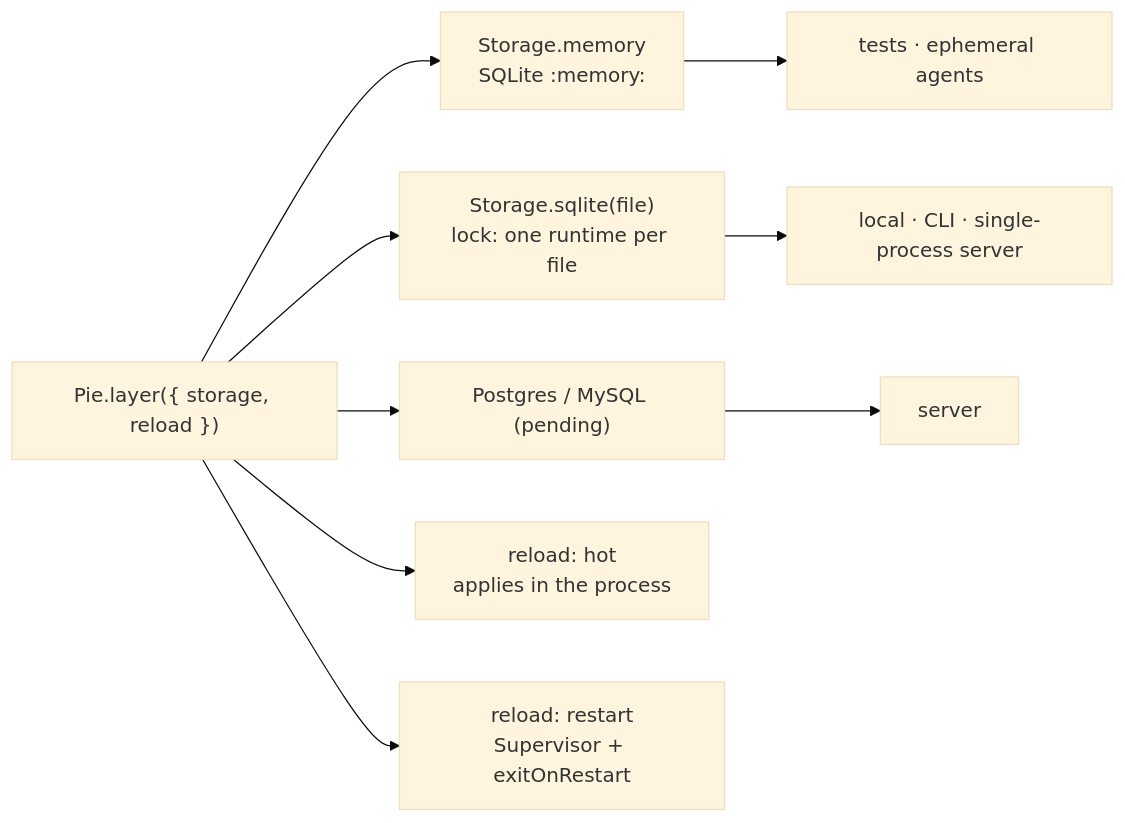
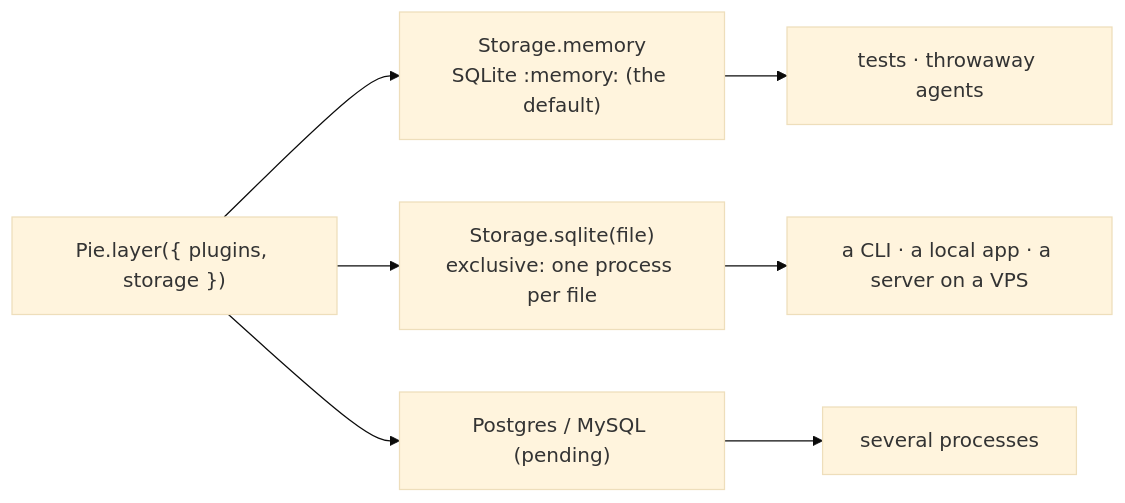
The diagram in packages/sdk/docs/diagrams/environments.mmd (JavierDeDiegoGuzman/pie), drawn with Mermaid (base theme) before and after one commit. The commit also changed 110 other files, not shown here.

```diff
--- a/packages/sdk/docs/diagrams/environments.mmd
+++ b/packages/sdk/docs/diagrams/environments.mmd
@@ -1,6 +1,5 @@
 flowchart LR
-  opt["Pie.layer({ storage, reload })"] --> mem & lite & pg
-  mem["Storage.memory<br/>SQLite :memory:"] --> u1["tests · ephemeral agents"]
-  lite["Storage.sqlite(file)<br/>lock: one runtime per file"] --> u2["local · CLI · single-process server"]
-  pg["Postgres / MySQL (pending)"] --> u3["server"]
-  opt --> hot["reload: hot<br/>applies in the process"] & rs["reload: restart<br/>Supervisor + exitOnRestart"]
+  opt["Pie.layer({ plugins, storage })"] --> mem & lite & pg
+  mem["Storage.memory<br/>SQLite :memory: (the default)"] --> u1["tests · throwaway agents"]
+  lite["Storage.sqlite(file)<br/>exclusive: one process per file"] --> u2["a CLI · a local app · a server on a VPS"]
+  pg["Postgres / MySQL (pending)"] --> u3["several processes"]
```
